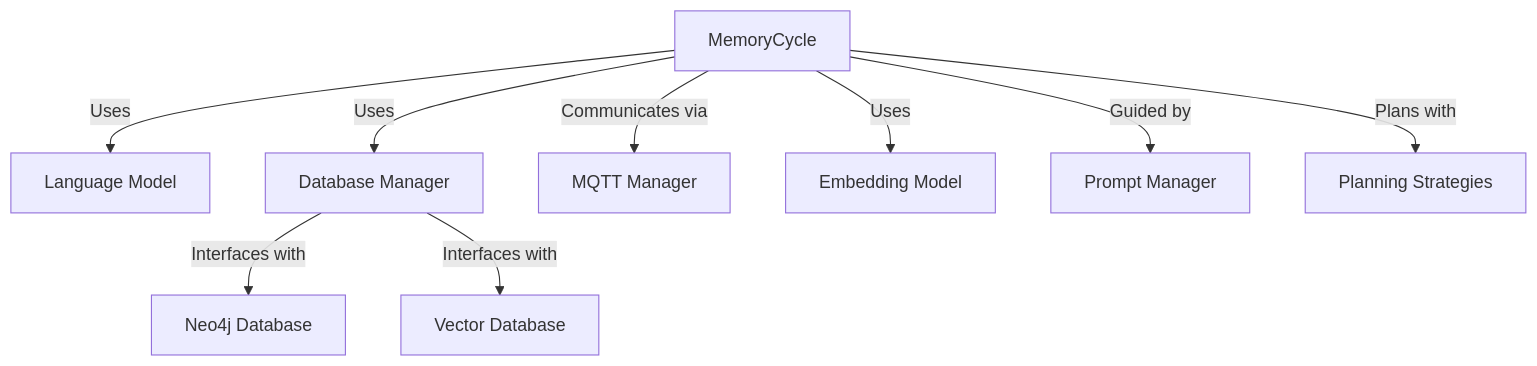
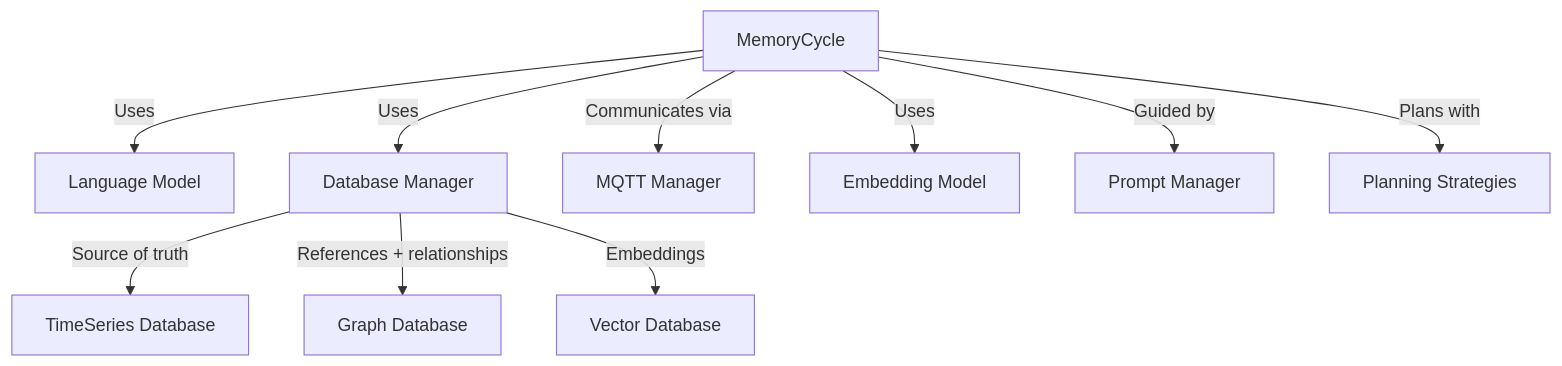
Before and after one commit to XMPro/Multi-Agent: the third of 7 diagrams in docs/architecture/README.md, drawn with Mermaid. The commit also changed other lines of this file and 11 other files, not shown here.

````diff
--- a/docs/architecture/README.md
+++ b/docs/architecture/README.md
@@ -84,11 +84,12 @@
 ```mermaid
 graph TD
     MC[MemoryCycle] --> |Uses| LM[Language Model]
     MC --> |Uses| DBM[Database Manager]
     MC --> |Communicates via| MQTT[MQTT Manager]
-    DBM --> |Interfaces with| Neo4j[Neo4j Database]
-    DBM --> |Interfaces with| VDB[Vector Database]
+    DBM --> |Source of truth| TS[TimeSeries Database]
+    DBM --> |References + relationships| Neo4j[Graph Database]
+    DBM --> |Embeddings| VDB[Vector Database]
     MC --> |Uses| EM[Embedding Model]
     MC --> |Guided by| PM[Prompt Manager]
     MC --> |Plans with| PS[Planning Strategies]
 ```
````
